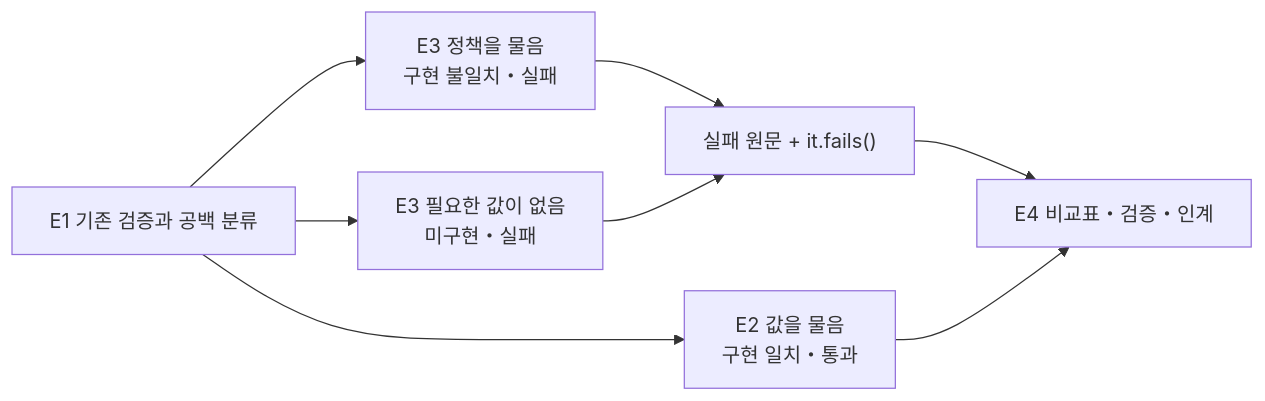
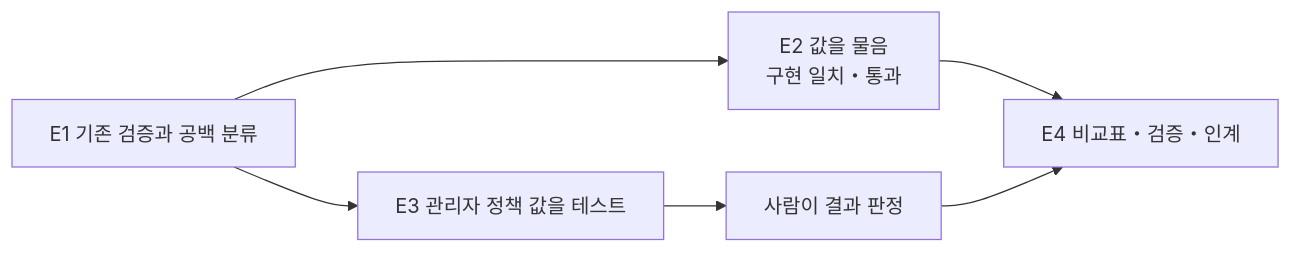
The first of 2 diagrams in labs/lecture14/README.md (RainaKim/order-ops), drawn with Mermaid before and after one commit. The commit also changed other lines of this file, not shown here.

````diff
--- a/labs/lecture14/README.md
+++ b/labs/lecture14/README.md
@@ -54,9 +54,8 @@
 ```mermaid
 flowchart LR
   A["E1 기존 검증과 공백 분류"] --> B["E2 값을 물음<br/>구현 일치・통과"]
-  A --> C["E3 정책을 물음<br/>구현 불일치・실패"]
-  A --> D["E3 필요한 값이 없음<br/>미구현・실패"]
-  C --> E["실패 원문 + it.fails()"]
-  D --> E --> F["E4 비교표・검증・인계"]
-  B --> F
+  A --> C["E3 관리자 정책 값을 테스트"]
+  C --> D["사람이 결과 판정"]
+  B --> E["E4 비교표・검증・인계"]
+  D --> E
 ```
````
